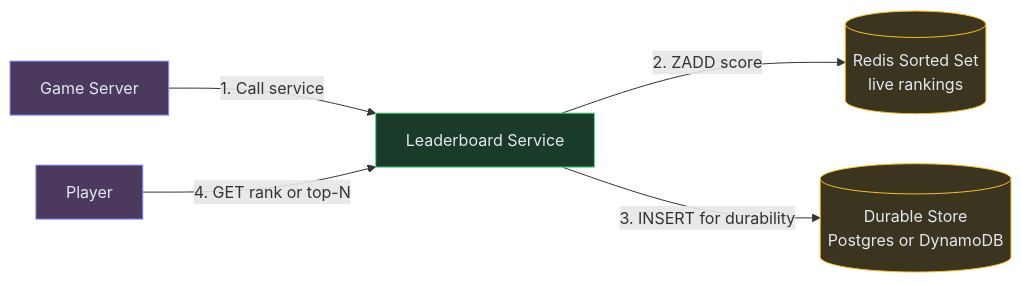
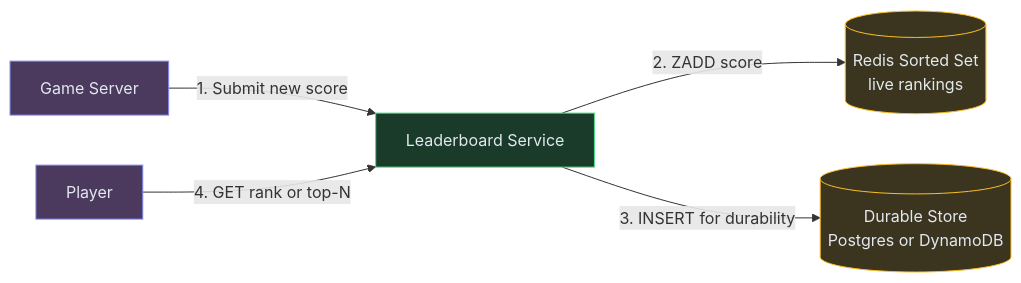
One commit to iluzn/HLD-Designs changed the fourth of 7 diagrams in content/hld/Leaderboard.md. Above: the diagram before and after it, drawn with Mermaid. The commit also changed other lines of this file and 27 other files, not shown here.

````diff
--- a/content/hld/Leaderboard.md
+++ b/content/hld/Leaderboard.md
@@ -208,17 +208,17 @@
 ```mermaid
 flowchart LR
     GAME["Game Server"]:::client
     API["Leaderboard Service"]:::service
     REDIS[("Redis Sorted Set<br/>live rankings")]:::data
     DB[("Durable Store<br/>Postgres or DynamoDB")]:::data
     USER["Player"]:::client
 
-    GAME -->|"1. Call service"| API
+    GAME -->|"1. Submit new score"| API
     API -->|"2. ZADD score"| REDIS
     API -->|"3. INSERT for durability"| DB
     USER -->|"4. GET rank or top-N"| API
 
     classDef client fill:#4c3a5e,stroke:#818cf8,color:#e2e8f0
     classDef service fill:#1a3a2a,stroke:#4ade80,color:#e2e8f0
     classDef data fill:#3b3520,stroke:#fbbf24,color:#e2e8f0
 ```
````
